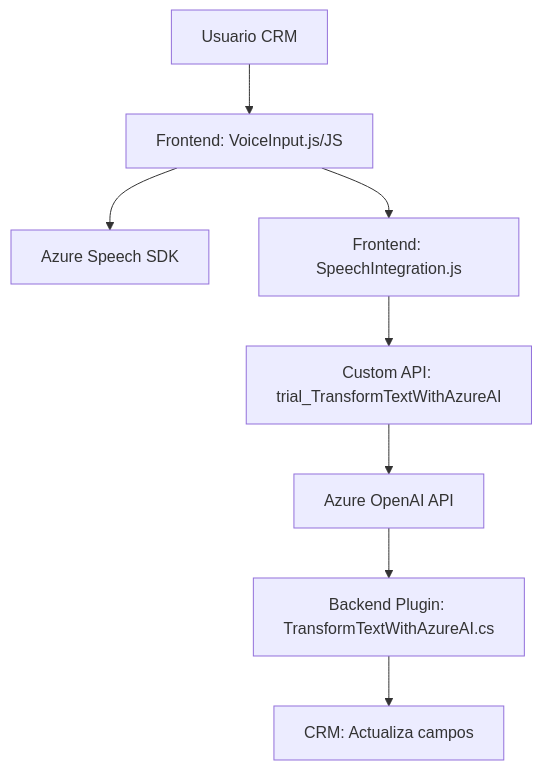
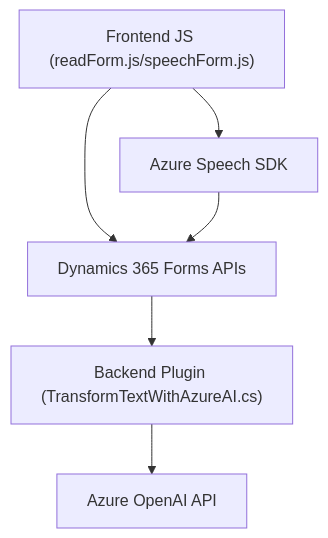
Before and after one commit to blopezdm/NETCORE_BILBAO2025: the diagram in README.md, drawn with Mermaid. The commit also changed other lines of this file, not shown here.

````diff
--- a/README.md
+++ b/README.md
@@ -40,10 +35,14 @@
 ```mermaid
 graph TD
-    A["Usuario CRM"] --> B["Frontend: VoiceInput.js/JS"]
-    B --> C["Azure Speech SDK"]
-    B --> D["Frontend: SpeechIntegration.js"]
-    D --> E["Custom API: trial_TransformTextWithAzureAI"]
-    E --> F["Azure OpenAI API"]
-    F --> G["Backend Plugin: TransformTextWithAzureAI.cs"]
-    G --> H["CRM: Actualiza campos"]
+    A["Frontend JS (readForm.js/speechForm.js)"]
+    B["Azure Speech SDK"]
+    C["Dynamics 365 Forms APIs"]
+    D["Backend Plugin (TransformTextWithAzureAI.cs)"]
+    E["Azure OpenAI API"]
+    
+    A --> B
+    A --> C
+    B --> C
+    C --> D
+    D --> E
 ```
````
